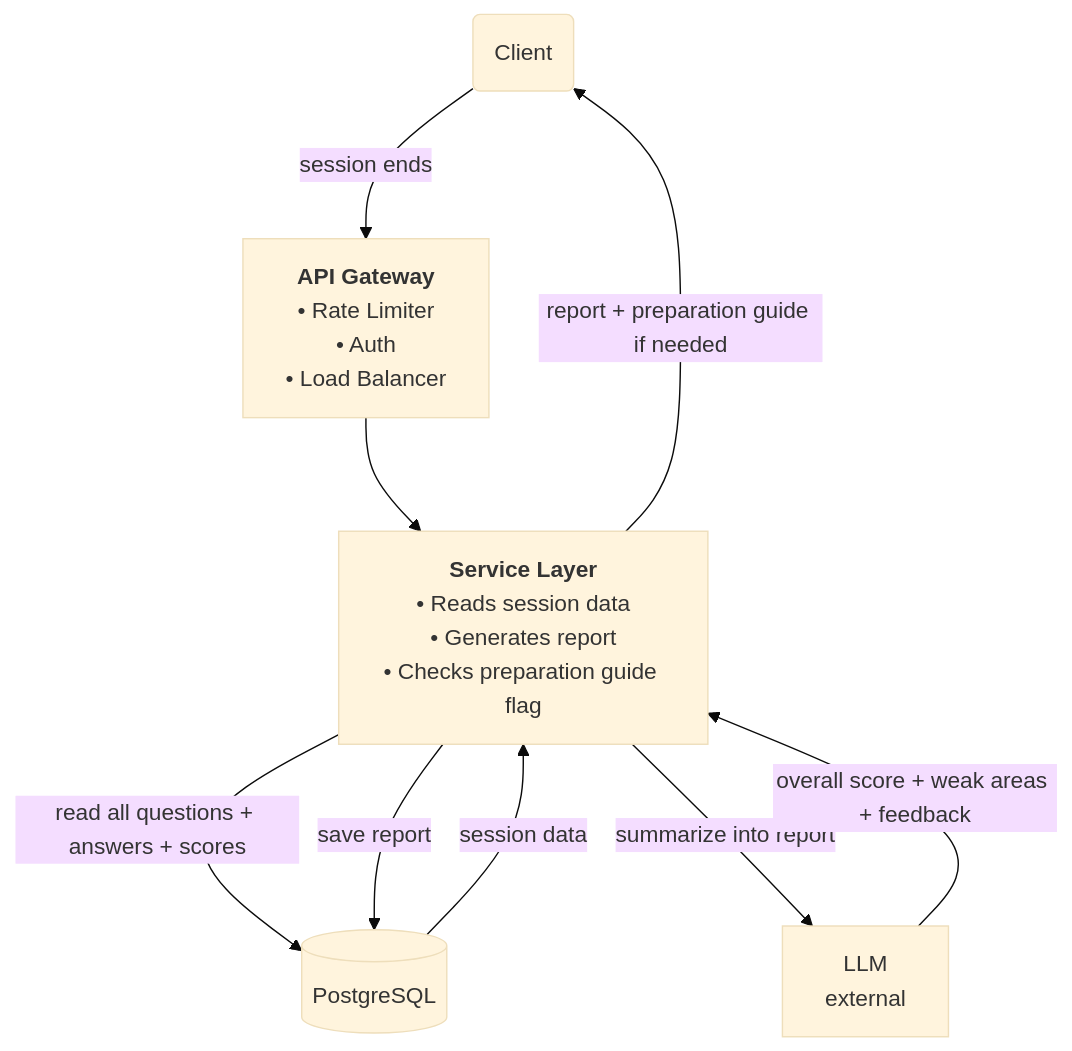
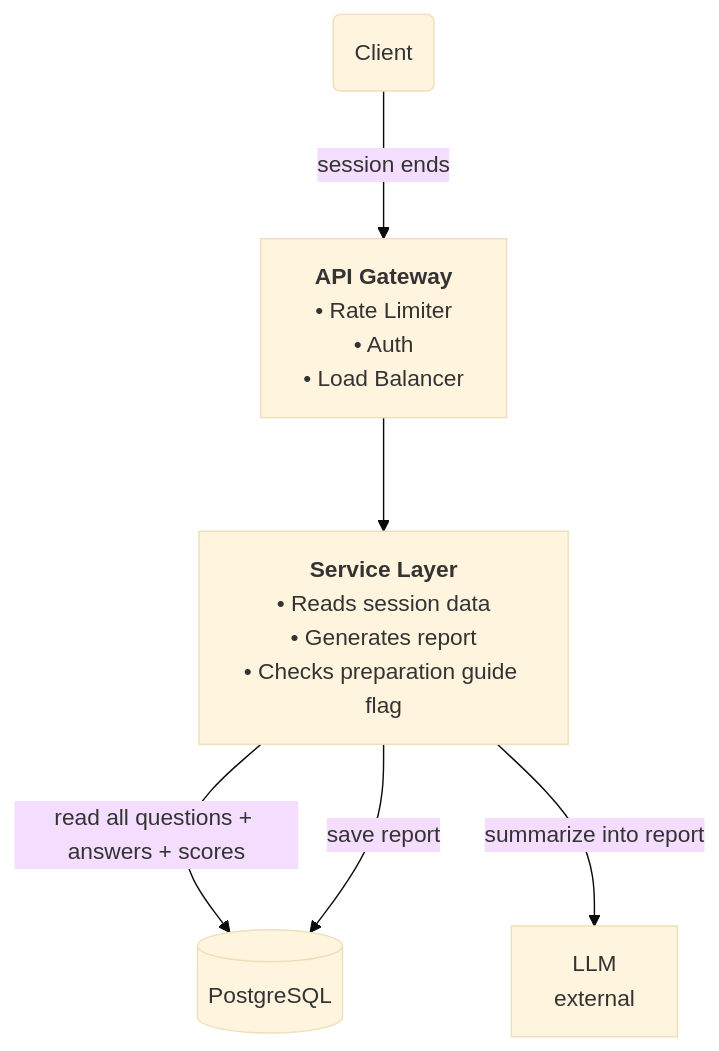
Before and after one commit to shivam-tamboli/GrillMyProject: the fourth of 4 diagrams in SYSTEM_DESIGN.md, drawn with Mermaid (base theme). The commit also changed other lines of this file, not shown here.

Commit message:
fix diagram arrows — one direction flow only

````diff
--- a/SYSTEM_DESIGN.md
+++ b/SYSTEM_DESIGN.md
@@ -432,18 +426,15 @@
 ```mermaid
 %%{init: {'flowchart': {'nodeSpacing': 50, 'rankSpacing': 80}}}%%
 flowchart TD
     Client(Client)
     GW["<b>API Gateway</b><br/>• Rate Limiter<br/>• Auth<br/>• Load Balancer"]
     SVC["<b>Service Layer</b><br/>• Reads session data<br/>• Generates report<br/>• Checks preparation guide flag"]
     LLM["LLM<br/>external"]
     PG[(PostgreSQL)]
 
     Client -->|session ends| GW
     GW --> SVC
     SVC -->|read all questions + answers + scores| PG
-    PG -->|session data| SVC
     SVC -->|summarize into report| LLM
-    LLM -->|overall score + weak areas + feedback| SVC
     SVC -->|save report| PG
-    SVC -->|report + preparation guide if needed| Client
 ```
````
